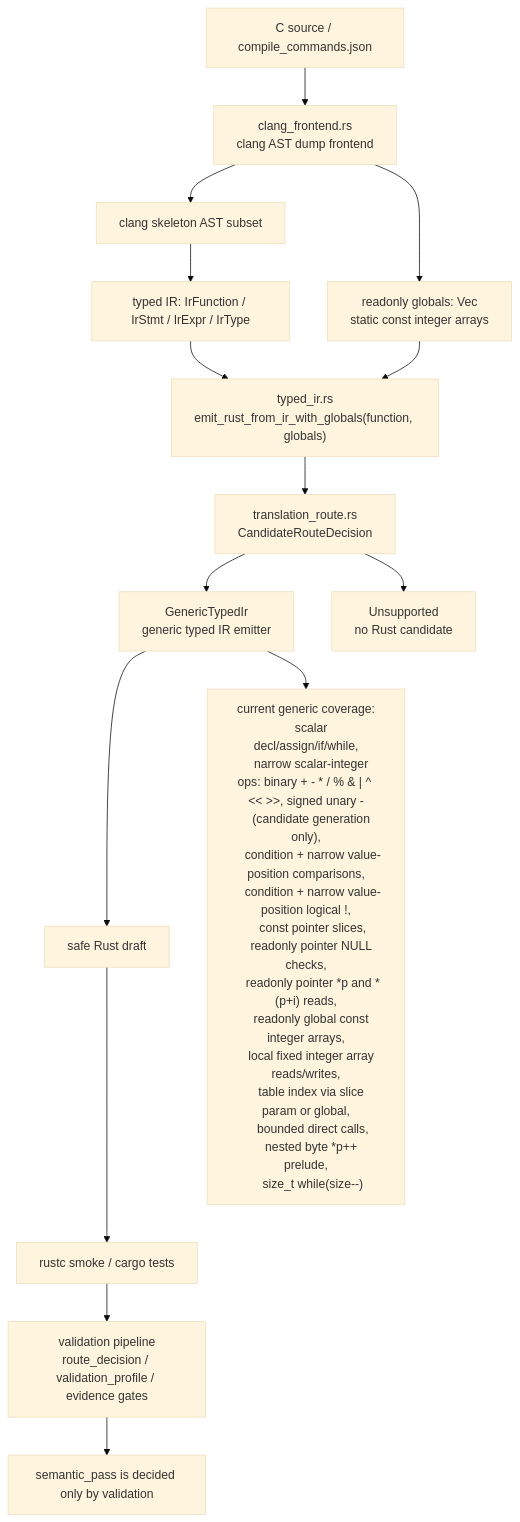
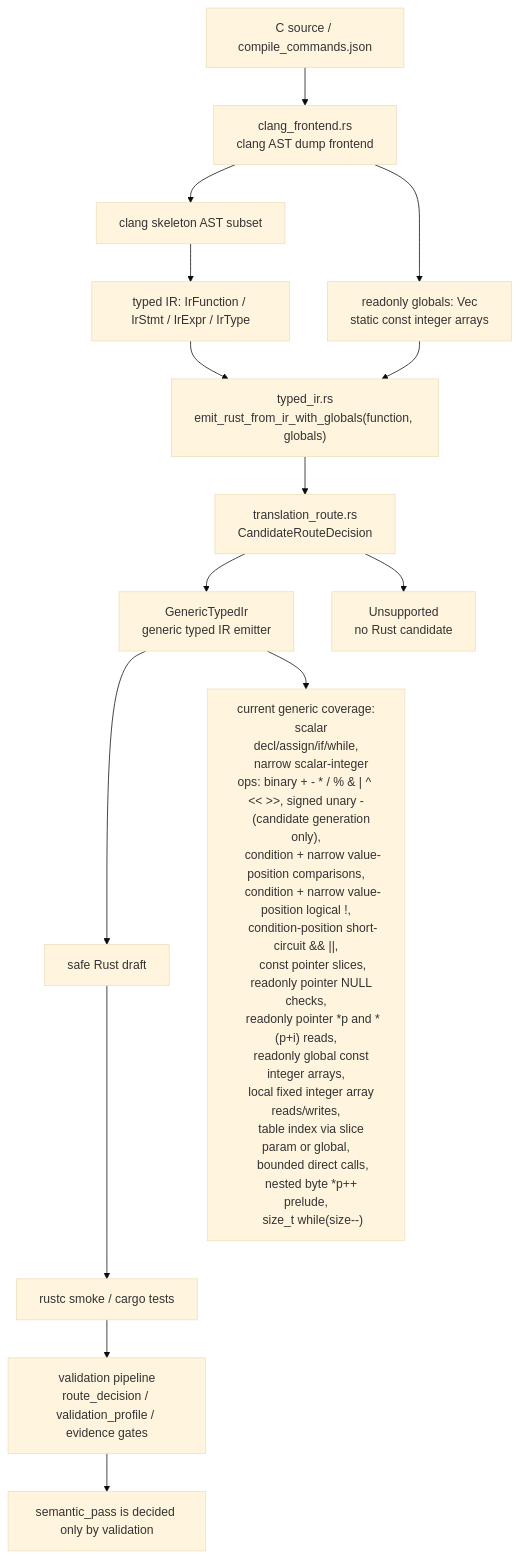
One commit to guoqihan342-svg/c-to-rust changed the diagram in docs/c2rust-migration-agent/core-translation-architecture.en.md. Above: the diagram before and after it, drawn with Mermaid (base theme). The commit also changed other lines of this file and 7 other files, not shown here.

Commit message:
Support short-circuit conditions in typed IR

````diff
--- a/docs/c2rust-migration-agent/core-translation-architecture.en.md
+++ b/docs/c2rust-migration-agent/core-translation-architecture.en.md
@@ -7,32 +7,33 @@
 ```mermaid
 flowchart TD
     C["C source / compile_commands.json"] --> Clang["clang_frontend.rs<br/>clang AST dump frontend"]
     Clang --> Skeleton["clang skeleton AST subset"]
     Skeleton --> IR["typed IR: IrFunction / IrStmt / IrExpr / IrType"]
     Clang --> Globals["readonly globals: Vec<IrGlobal><br/>static const integer arrays"]
     IR --> EmitCtx["typed_ir.rs<br/>emit_rust_from_ir_with_globals(function, globals)"]
     Globals --> EmitCtx
     EmitCtx --> RouteMeta["translation_route.rs<br/>CandidateRouteDecision"]
     RouteMeta --> Generic["GenericTypedIr<br/>generic typed IR emitter"]
     RouteMeta --> Unsupported["Unsupported<br/>no Rust candidate"]
     Generic --> Rust["safe Rust draft"]
     Rust --> Rustc["rustc smoke / cargo tests"]
     Rustc --> Validation["validation pipeline<br/>route_decision / validation_profile / evidence gates"]
 
     Generic --> Supported["current generic coverage:
     scalar decl/assign/if/while,
     narrow scalar-integer ops: binary + - * / % & | ^ << >>, signed unary -
     (candidate generation only),
     condition + narrow value-position comparisons,
     condition + narrow value-position logical !,
+    condition-position short-circuit && ||,
     const pointer slices,
     readonly pointer NULL checks,
     readonly pointer *p and *(p+i) reads,
     readonly global const integer arrays,
     local fixed integer array reads/writes,
     table index via slice param or global,
     bounded direct calls,
     nested byte *p++ prelude,
     size_t while(size--)"]
     Validation --> Semantic["semantic_pass is decided only by validation"]
 ```
````
